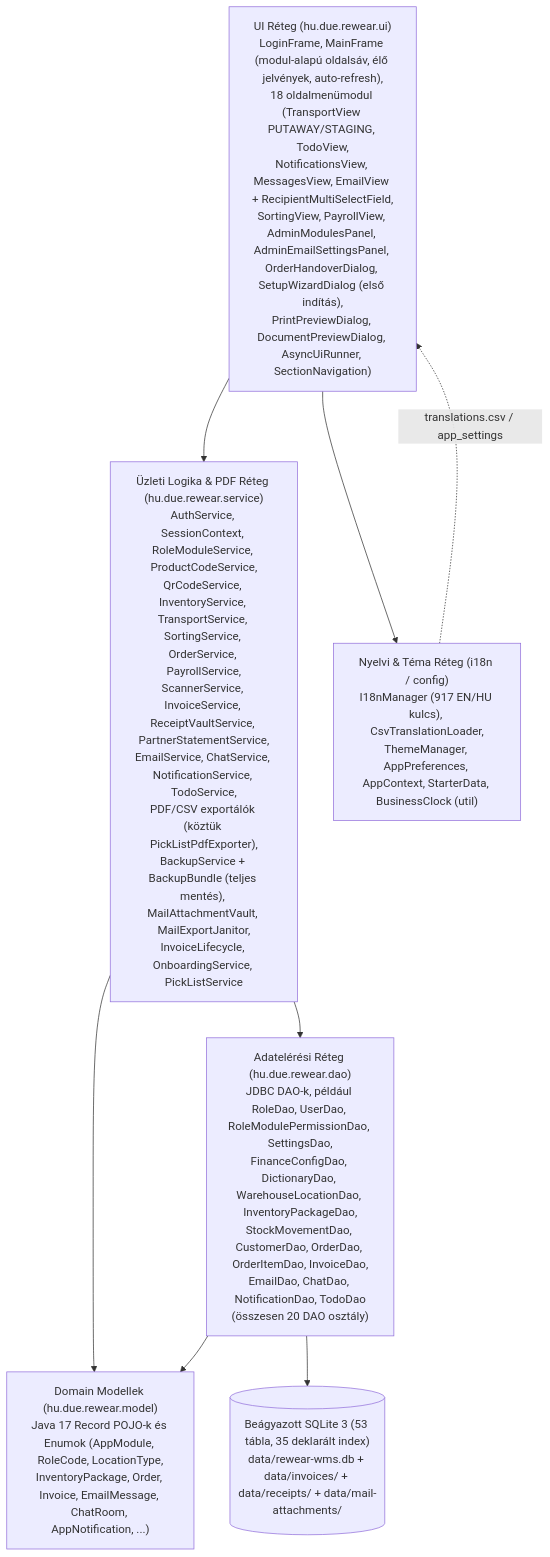
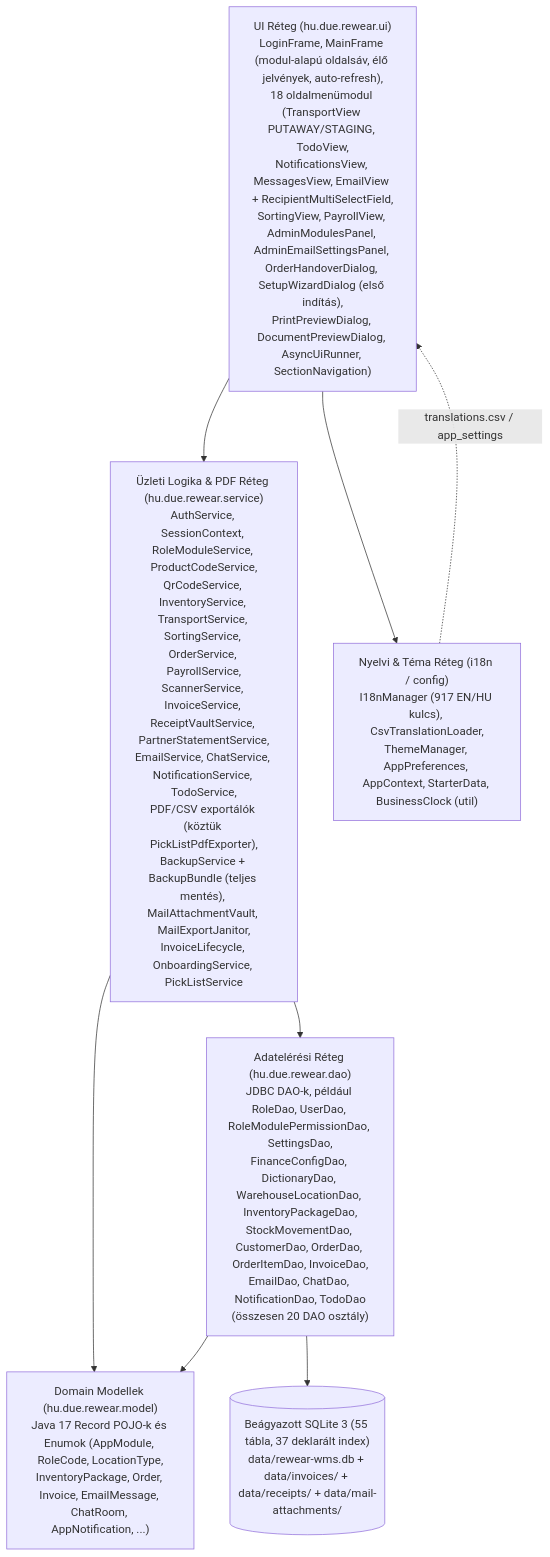
One commit to attilaczudor/due-prog-03 changed the first of 8 diagrams in docs/Programterv.md. Above: the diagram before and after it, drawn with Mermaid. The commit also changed other lines of this file and 20 other files, not shown here.

````diff
--- a/docs/Programterv.md
+++ b/docs/Programterv.md
@@ -11,17 +11,17 @@
 ```mermaid
 flowchart TD
     UI["UI Réteg (hu.due.rewear.ui)<br/>LoginFrame, MainFrame (modul-alapú oldalsáv, élő jelvények, auto-refresh),<br/>18 oldalmenümodul (TransportView PUTAWAY/STAGING, TodoView,<br/>NotificationsView, MessagesView, EmailView + RecipientMultiSelectField,<br/>SortingView, PayrollView, AdminModulesPanel, AdminEmailSettingsPanel, OrderHandoverDialog, SetupWizardDialog (első indítás),<br/>PrintPreviewDialog, DocumentPreviewDialog, AsyncUiRunner, SectionNavigation)"]
     SVC["Üzleti Logika & PDF Réteg (hu.due.rewear.service)<br/>AuthService, SessionContext, RoleModuleService, ProductCodeService,<br/>QrCodeService, InventoryService, TransportService, SortingService, OrderService, PayrollService,<br/>ScannerService, InvoiceService, ReceiptVaultService, PartnerStatementService,<br/>EmailService, ChatService, NotificationService, TodoService,<br/>PDF/CSV exportálók (köztük PickListPdfExporter),<br/>BackupService + BackupBundle (teljes mentés), MailAttachmentVault, MailExportJanitor,<br/>InvoiceLifecycle, OnboardingService, PickListService"]
     I18N["Nyelvi & Téma Réteg (i18n / config)<br/>I18nManager (917 EN/HU kulcs), CsvTranslationLoader,<br/>ThemeManager, AppPreferences, AppContext, StarterData, BusinessClock (util)"]
     DAO["Adatelérési Réteg (hu.due.rewear.dao)<br/>JDBC DAO-k, például RoleDao, UserDao, RoleModulePermissionDao, SettingsDao,<br/>FinanceConfigDao, DictionaryDao, WarehouseLocationDao, InventoryPackageDao,<br/>StockMovementDao, CustomerDao, OrderDao, OrderItemDao, InvoiceDao,<br/>EmailDao, ChatDao, NotificationDao, TodoDao<br/>(összesen 20 DAO osztály)"]
     MODEL["Domain Modellek (hu.due.rewear.model)<br/>Java 17 Record POJO-k és Enumok (AppModule, RoleCode, LocationType,<br/>InventoryPackage, Order, Invoice, EmailMessage, ChatRoom, AppNotification, ...)"]
-    DB[("Beágyazott SQLite 3 (53 tábla, 35 deklarált index)<br/>data/rewear-wms.db + data/invoices/ + data/receipts/ + data/mail-attachments/")]
+    DB[("Beágyazott SQLite 3 (55 tábla, 37 deklarált index)<br/>data/rewear-wms.db + data/invoices/ + data/receipts/ + data/mail-attachments/")]
 
     UI --> SVC
     UI --> I18N
     SVC --> DAO
     SVC --> MODEL
     DAO --> MODEL
     DAO --> DB
     I18N -.->|"translations.csv / app_settings"| UI
 ```
````
